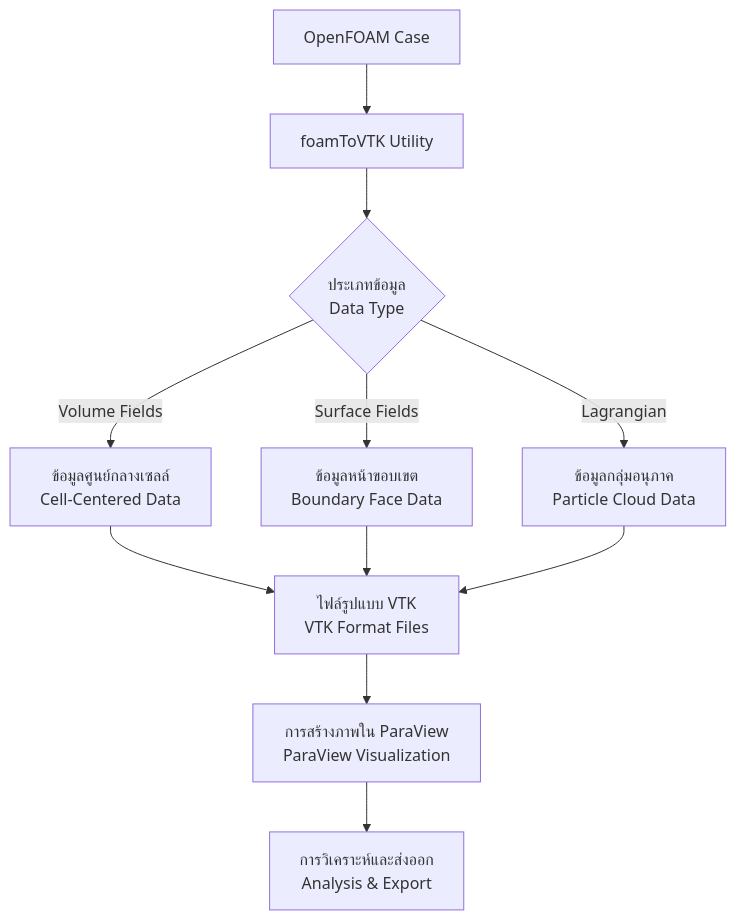
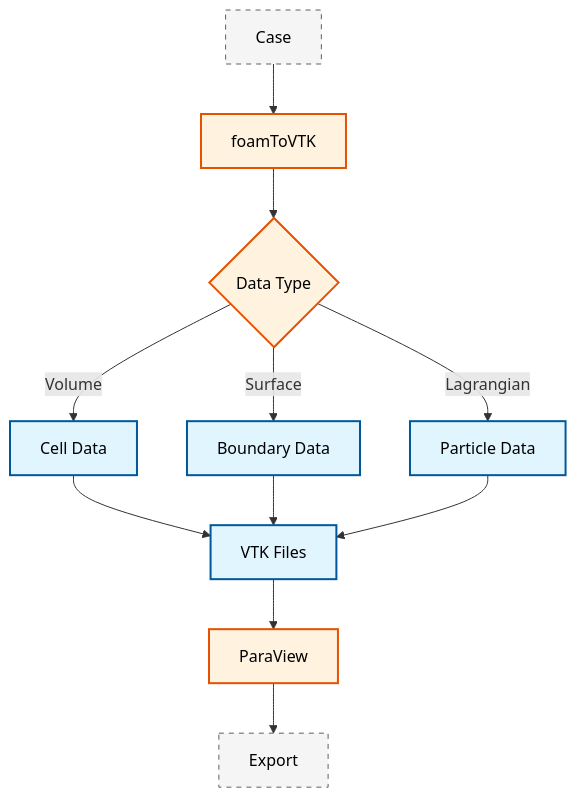
The first of 2 diagrams in MODULE_07_UTILITIES_AUTOMATION/CONTENT/04_VISUALIZATION/01_ParaView_Visualization.md (wramet/build-my-cfd), drawn with Mermaid before and after one commit. The commit also changed other lines of this file and 313 other files, not shown here.

Commit message:
Revise all diagram

````diff
--- a/MODULE_07_UTILITIES_AUTOMATION/CONTENT/04_VISUALIZATION/01_ParaView_Visualization.md
+++ b/MODULE_07_UTILITIES_AUTOMATION/CONTENT/04_VISUALIZATION/01_ParaView_Visualization.md
@@ -38,13 +38,16 @@
 ```mermaid
 flowchart TD
-    A[OpenFOAM Case] --> B[foamToVTK Utility]
-    B --> C{ประเภทข้อมูล<br/>Data Type}
-    C -->|Volume Fields| D[ข้อมูลศูนย์กลางเซลล์<br/>Cell-Centered Data]
-    C -->|Surface Fields| D2[ข้อมูลหน้าขอบเขต<br/>Boundary Face Data]
-    C -->|Lagrangian| E[ข้อมูลกลุ่มอนุภาค<br/>Particle Cloud Data]
-    D --> F[ไฟล์รูปแบบ VTK<br/>VTK Format Files]
-    D2 --> F
-    E --> F
-    F --> G[การสร้างภาพใน ParaView<br/>ParaView Visualization]
-    G --> H[การวิเคราะห์และส่งออก<br/>Analysis & Export]
+classDef implicit fill:#e1f5fe,stroke:#01579b,stroke-width:2px,color:#000
+classDef explicit fill:#fff3e0,stroke:#e65100,stroke-width:2px,color:#000
+classDef context fill:#f5f5f5,stroke:#616161,stroke-width:1px,color:#000,stroke-dasharray: 5 5
+
+A[Case]:::context --> B[foamToVTK]:::explicit
+B --> C{Data Type}:::explicit
+C -->|Volume| D[Cell Data]:::implicit
+C -->|Surface| D2[Boundary Data]:::implicit
+C -->|Lagrangian| E[Particle Data]:::implicit
+
+D & D2 & E --> F[VTK Files]:::implicit
+F --> G[ParaView]:::explicit
+G --> H[Export]:::context
 ```
````
